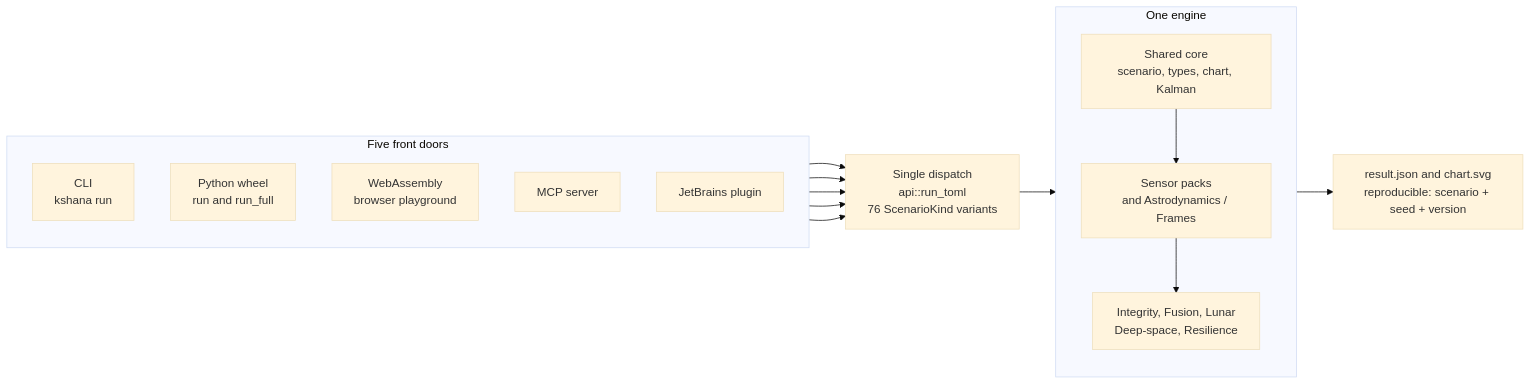
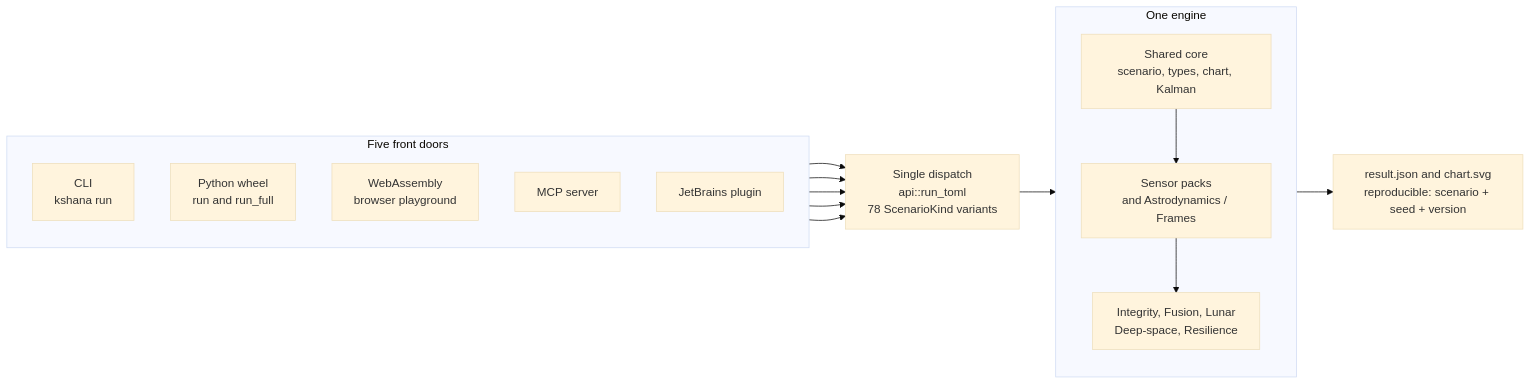
The diagram in docs/diagrams/system-overview.mmd (ashfordeOU/kshana), drawn with Mermaid (base theme) before and after one commit. The commit also changed 13 other files, not shown here.

Commit message:
cap-22/23: kind-count sites to 78 (README, MCP README, slash command, tutorials, system-overview and module-map diagrams re-rendered); units runners in registry order; field-units schema re-emitted; clippy

```diff
--- a/docs/diagrams/system-overview.mmd
+++ b/docs/diagrams/system-overview.mmd
@@ -1,31 +1,31 @@
 flowchart LR
     subgraph DOORS[Five front doors]
         direction TB
         CLI[CLI<br/>kshana run]
         PY[Python wheel<br/>run and run_full]
         WASM[WebAssembly<br/>browser playground]
         MCP[MCP server]
         IDE[JetBrains plugin]
     end
 
-    DISPATCH[Single dispatch<br/>api::run_toml<br/>76 ScenarioKind variants]
+    DISPATCH[Single dispatch<br/>api::run_toml<br/>78 ScenarioKind variants]
 
     subgraph ENGINE[One engine]
         direction TB
         CORE[Shared core<br/>scenario, types, chart, Kalman]
         PACKS[Sensor packs<br/>and Astrodynamics / Frames]
         DOMAIN[Integrity, Fusion, Lunar<br/>Deep-space, Resilience]
         CORE --> PACKS
         PACKS --> DOMAIN
     end
 
     OUT[result.json and chart.svg<br/>reproducible: scenario + seed + version]
 
     CLI --> DISPATCH
     PY --> DISPATCH
     WASM --> DISPATCH
     MCP --> DISPATCH
     IDE --> DISPATCH
 
     DISPATCH --> ENGINE
     ENGINE --> OUT
```
